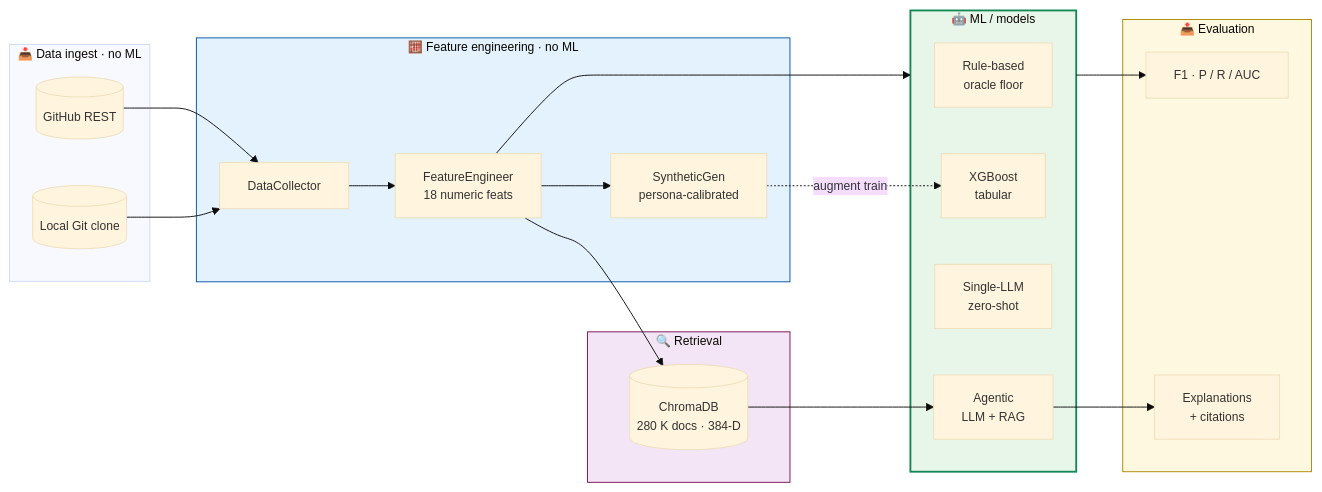
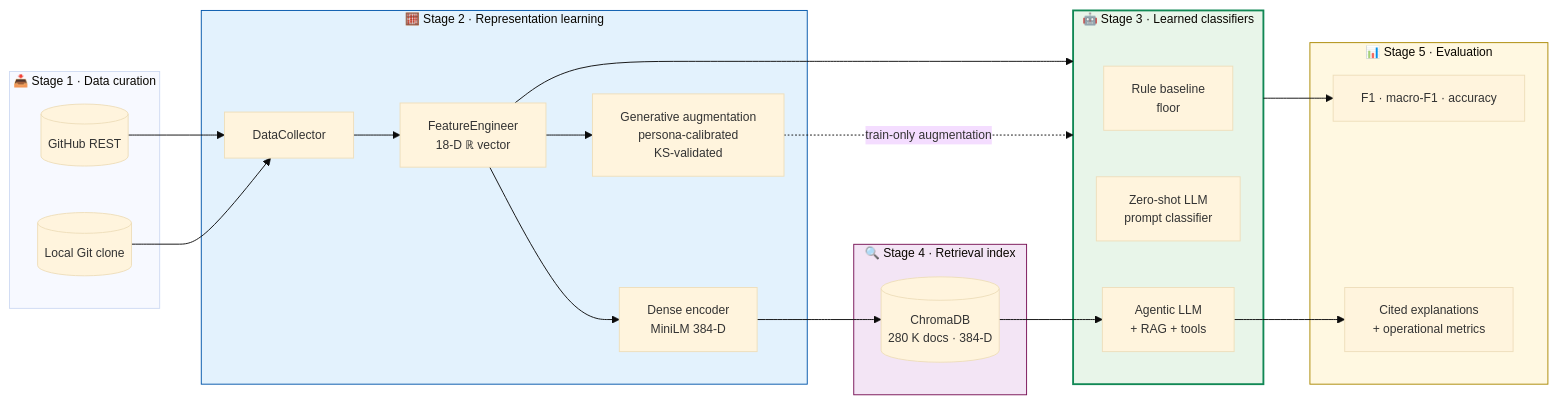
One commit to bibekgupta3333/repo-sprint changed the first of 7 diagrams in docs/PRESENTATION_SLIDES.md. Above: the diagram before and after it, drawn with Mermaid. The commit also changed other lines of this file, not shown here.

Commit message:
Implement feature X to enhance user experience and fix bug Y in module Z

````diff
--- a/docs/PRESENTATION_SLIDES.md
+++ b/docs/PRESENTATION_SLIDES.md
@@ -102,38 +85,38 @@
 ```mermaid
 %%{init: {'theme':'base','themeVariables':{'fontSize':'13px'}}}%%
 flowchart LR
-    subgraph ingest["📥 Data ingest · no ML"]
+    subgraph ingest["📥 Stage 1 · Data curation"]
         GH[("GitHub REST")]
         LG[("Local Git clone")]
     end
-    subgraph prep["🧮 Feature engineering · no ML"]
+    subgraph prep["🧮 Stage 2 · Representation learning"]
         DC[DataCollector]
-        FE[FeatureEngineer<br/>18 numeric feats]
-        SG["SyntheticGen<br/>persona-calibrated"]
+        FE[FeatureEngineer<br/>18-D ℝ vector]
+        SG["Generative augmentation<br/>persona-calibrated<br/>KS-validated"]
+        EMB["Dense encoder<br/>MiniLM 384-D"]
     end
-    subgraph ml["🤖 ML / models"]
-        RULE[Rule-based<br/>oracle floor]
-        XGB[XGBoost<br/>tabular]
-        LLM0[Single-LLM<br/>zero-shot]
-        AGENT[Agentic<br/>LLM + RAG]
+    subgraph ml["🤖 Stage 3 · Learned classifiers"]
+        RULE[Rule baseline<br/>floor]
+        LLM0[Zero-shot LLM<br/>prompt classifier]
+        AGENT[Agentic LLM<br/>+ RAG + tools]
     end
-    subgraph rag["🔍 Retrieval"]
+    subgraph rag["🔍 Stage 4 · Retrieval index"]
         CDB[("ChromaDB<br/>280 K docs · 384-D")]
     end
-    subgraph out["📤 Evaluation"]
-        EV["F1 · P / R / AUC"]
-        EX["Explanations<br/>+ citations"]
+    subgraph out["📊 Stage 5 · Evaluation"]
+        EV["F1 · macro-F1 · accuracy"]
+        EX["Cited explanations<br/>+ operational metrics"]
     end
     GH --> DC
     LG --> DC
     DC --> FE --> ml
-    FE --> SG -. augment train .-> XGB
-    FE --> CDB
+    FE --> SG -. train-only augmentation .-> ml
+    FE --> EMB --> CDB
     CDB --> AGENT
     ml --> EV
     AGENT --> EX
     style ml fill:#e8f5e9,stroke:#185,stroke-width:2px
     style prep fill:#e3f2fd,stroke:#05a
     style rag fill:#f3e5f5,stroke:#715
     style out fill:#fff8e1,stroke:#a80
 ```
````
